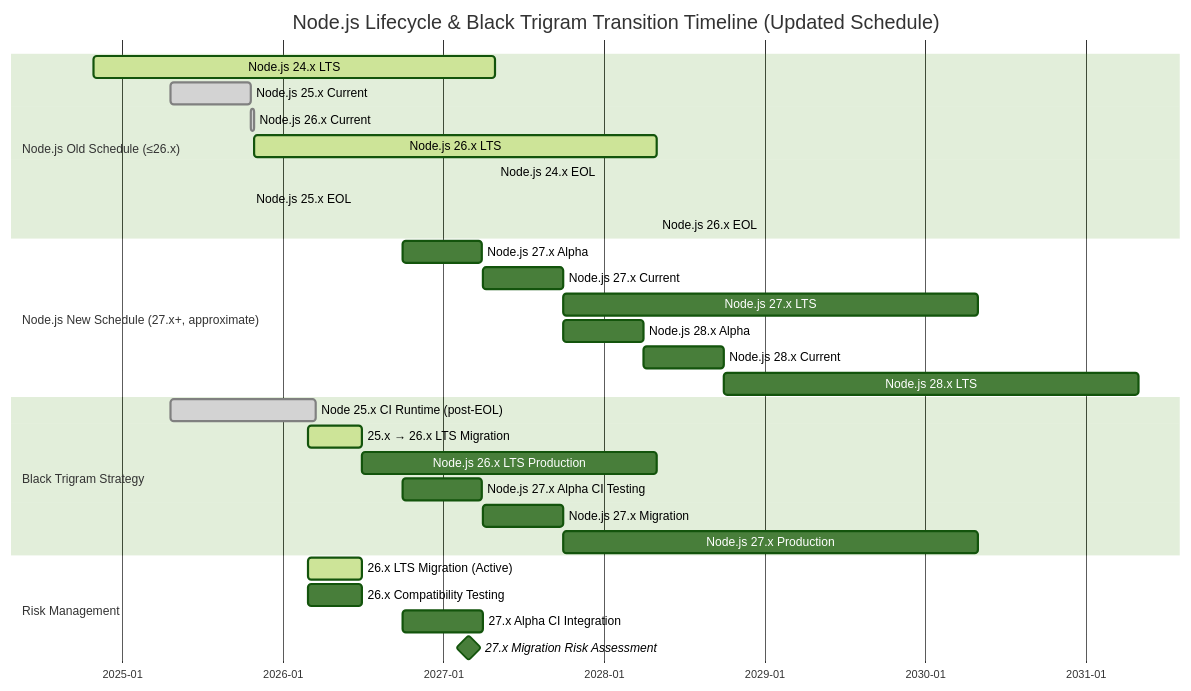
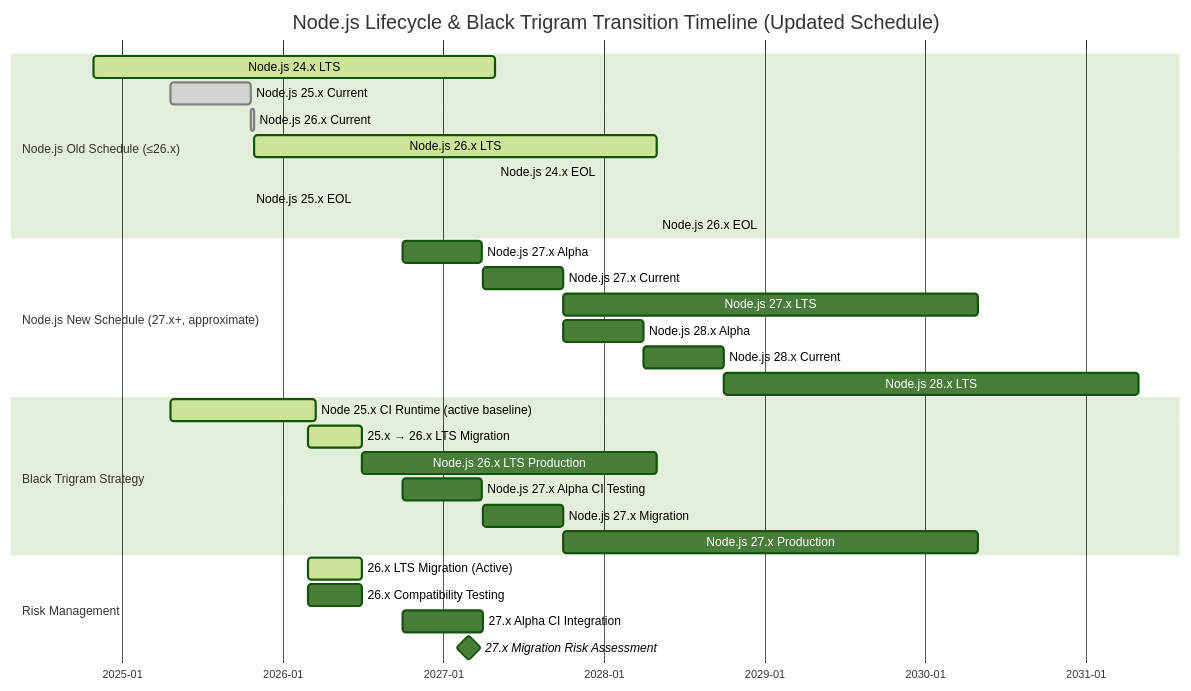
Before and after one commit to Hack23/blacktrigram: the second of 8 diagrams in End-of-Life-Strategy.md, drawn with Mermaid (forest theme). The commit also changed other lines of this file, not shown here.

First line of the commit message:
Reconcile Node 25.x lifecycle labels: active baseline, not post-EOL

````diff
--- a/End-of-Life-Strategy.md
+++ b/End-of-Life-Strategy.md
@@ -175,37 +175,37 @@
 ```mermaid
 gantt
     title Node.js Lifecycle & Black Trigram Transition Timeline (Updated Schedule)
     dateFormat YYYY-MM-DD
     axisFormat %Y-%m
 
     section Node.js Old Schedule (≤26.x)
     Node.js 24.x LTS        :active, node24lts, 2024-10-29, 2027-04-30
     Node.js 25.x Current     :done, node25c, 2025-04-22, 2025-10-21
     Node.js 26.x Current     :done, node26c, 2025-10-21, 2025-10-28
     Node.js 26.x LTS         :active, node26lts, 2025-10-28, 2028-04-30
     Node.js 24.x EOL         :crit, node24eol, 2027-04-30, 0d
     Node.js 25.x EOL         :crit, node25eol, 2025-10-21, 0d
     Node.js 26.x EOL         :crit, node26eol, 2028-04-30, 0d
 
     section Node.js New Schedule (27.x+, approximate)
     Node.js 27.x Alpha       :node27a, 2026-10-01, 2027-03-31
     Node.js 27.x Current     :node27c, 2027-04-01, 2027-09-30
     Node.js 27.x LTS         :node27lts, 2027-10-01, 2030-04-30
     Node.js 28.x Alpha       :node28a, 2027-10-01, 2028-03-31
     Node.js 28.x Current     :node28c, 2028-04-01, 2028-09-30
     Node.js 28.x LTS         :node28lts, 2028-10-01, 2031-04-30
 
     section Black Trigram Strategy
-    Node 25.x CI Runtime (post-EOL) :done, bt25prod, 2025-04-22, 2026-03-18
+    Node 25.x CI Runtime (active baseline) :active, bt25prod, 2025-04-22, 2026-03-18
     25.x → 26.x LTS Migration      :active, bt25mig, 2026-03-01, 2026-06-30
     Node.js 26.x LTS Production     :bt26prod, 2026-06-30, 2028-04-30
     Node.js 27.x Alpha CI Testing   :bt27alpha, 2026-10-01, 2027-03-31
     Node.js 27.x Migration          :bt27mig, 2027-04-01, 2027-09-30
     Node.js 27.x Production         :bt27prod, 2027-10-01, 2030-04-30
 
     section Risk Management
     26.x LTS Migration (Active)      :active, upgrade26, 2026-03-01, 2026-06-30
     26.x Compatibility Testing       :compat26, 2026-03-01, 2026-06-30
     27.x Alpha CI Integration        :alphaci, 2026-10-01, 2027-04-01
     27.x Migration Risk Assessment   :milestone, riskassess27, 2027-03-01, 0d
 ```
````
